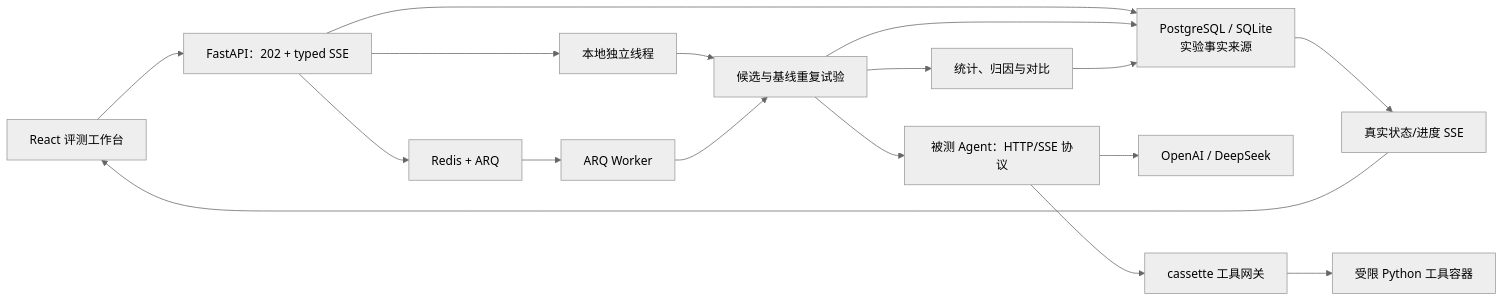
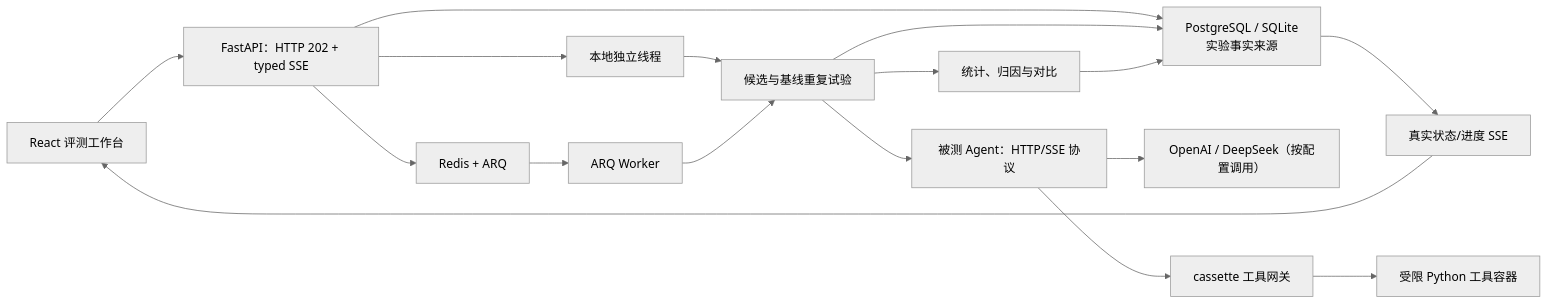
One commit to bliss-fox/AgentLens changed the diagram in README.md. Above: the diagram before and after it, drawn with Mermaid (neutral theme). The commit also changed other lines of this file, not shown here.

````diff
--- a/README.md
+++ b/README.md
@@ -32,19 +46,19 @@
 ```mermaid
 flowchart LR
-    UI["React 评测工作台"] --> API["FastAPI：202 + typed SSE"]
+    UI["React 评测工作台"] --> API["FastAPI：HTTP 202 + typed SSE"]
     API --> DB["PostgreSQL / SQLite\n实验事实来源"]
     API --> LOCAL["本地独立线程"]
     API --> QUEUE["Redis + ARQ"]
     QUEUE --> WORKER["ARQ Worker"]
     LOCAL --> TRIALS["候选与基线重复试验"]
     WORKER --> TRIALS
     TRIALS --> AGENT["被测 Agent：HTTP/SSE 协议"]
-    AGENT --> MODEL["OpenAI / DeepSeek"]
+    AGENT --> MODEL["OpenAI / DeepSeek（按配置调用）"]
     AGENT --> GATEWAY["cassette 工具网关"]
     GATEWAY --> RUNNER["受限 Python 工具容器"]
     TRIALS --> EVAL["统计、归因与对比"]
     TRIALS --> DB
     EVAL --> DB
     DB --> STREAM["真实状态/进度 SSE"]
     STREAM --> UI
 ```
````
